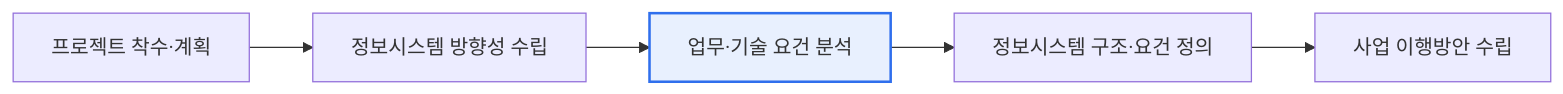
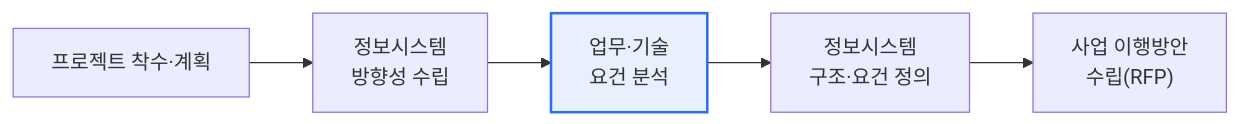
The second of 3 diagrams in content/ismp.md (coninggu/wjdqhrhksflrltnftk), drawn with Mermaid before and after one commit. The commit also changed other lines of this file and 3 other files, not shown here.

````diff
--- a/content/ismp.md
+++ b/content/ismp.md
@@ -24,5 +45,8 @@
 ```mermaid
 flowchart LR
-  A[프로젝트 착수·계획] --> B[정보시스템 방향성 수립] --> C[업무·기술 요건 분석] --> D[정보시스템 구조·요건 정의] --> E[사업 이행방안 수립]
+  A["프로젝트 착수·계획"] --> B["정보시스템<br/>방향성 수립"]
+  B --> C["업무·기술<br/>요건 분석"]
+  C --> D["정보시스템<br/>구조·요건 정의"]
+  D --> E["사업 이행방안<br/>수립(RFP)"]
   style C fill:#e8f0fe,stroke:#2f6fed,stroke-width:2px
 ```
````
